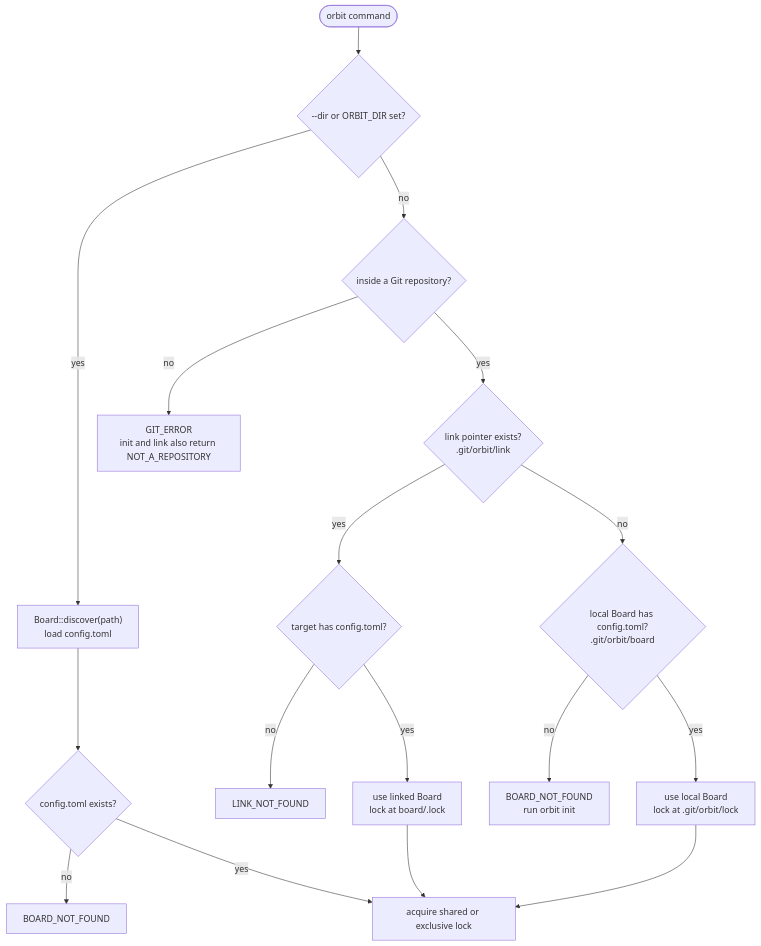
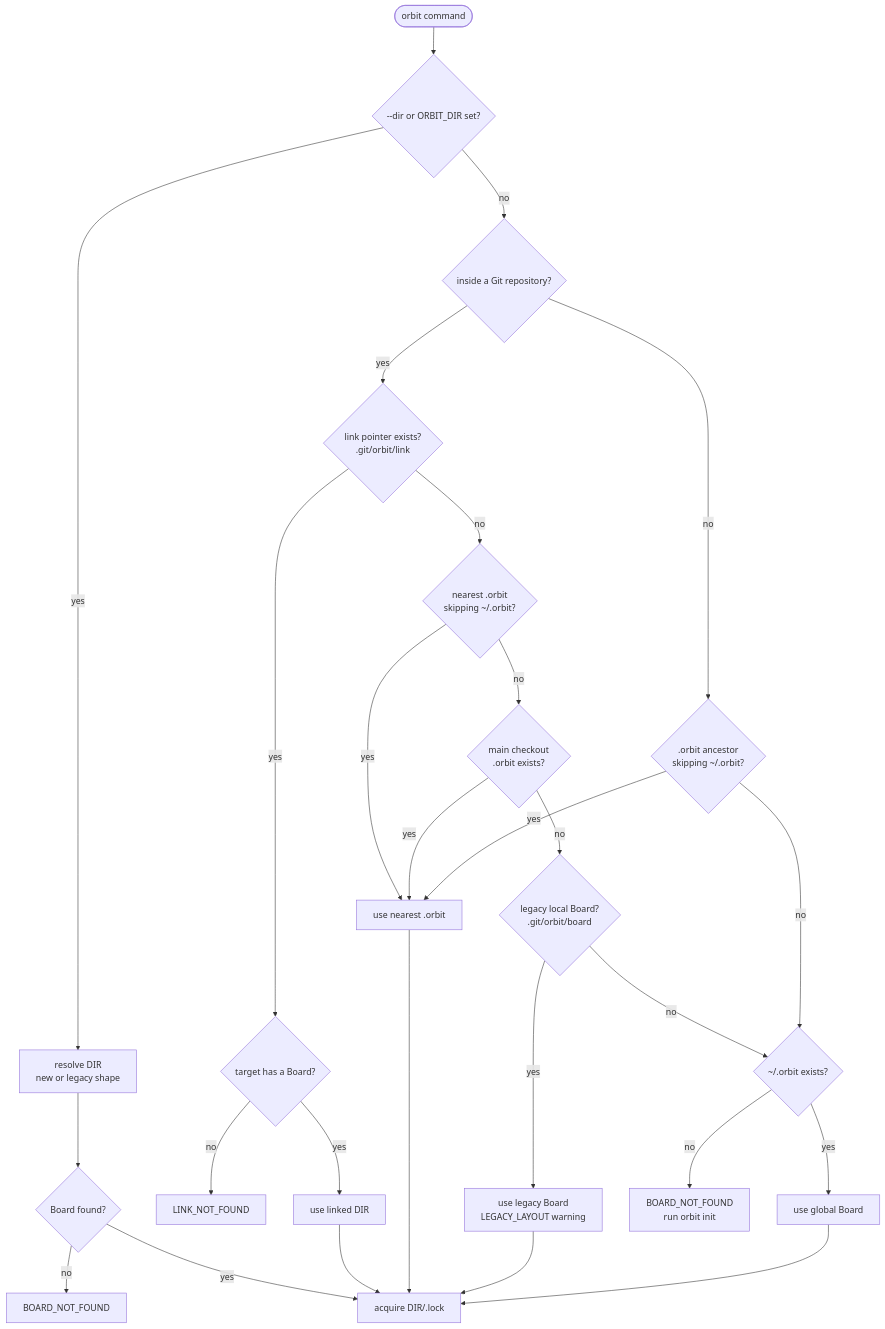
One commit to rcmendes/orbit changed the second of 14 diagrams in docs/ARCHITECTURE.md. Above: the diagram before and after it, drawn with Mermaid. The commit also changed other lines of this file and 12 other files, not shown here.

````diff
--- a/docs/ARCHITECTURE.md
+++ b/docs/ARCHITECTURE.md
@@ -149,21 +150,32 @@
 ```mermaid
 flowchart TD
     START(["orbit command"]) --> OVERRIDE{"--dir or ORBIT_DIR set?"}
-    OVERRIDE -->|yes| LOAD["Board::discover(path)<br/>load config.toml"]
-    LOAD --> EXISTS{"config.toml exists?"}
+    OVERRIDE -->|yes| EXPLICIT["resolve DIR<br/>new or legacy shape"]
+    EXPLICIT --> EXISTS{"Board found?"}
     EXISTS -->|no| NOBOARD["BOARD_NOT_FOUND"]
-    EXISTS -->|yes| LOCK["acquire shared or exclusive lock"]
+    EXISTS -->|yes| LOCK["acquire DIR/.lock"]
 
     OVERRIDE -->|no| REPO{"inside a Git repository?"}
-    REPO -->|no| NOREPO["GIT_ERROR<br/>init and link also return NOT_A_REPOSITORY"]
     REPO -->|yes| LINKED{"link pointer exists?<br/>.git/orbit/link"}
-    LINKED -->|yes| TARGET{"target has config.toml?"}
+    LINKED -->|yes| TARGET{"target has a Board?"}
     TARGET -->|no| LINKERR["LINK_NOT_FOUND"]
-    TARGET -->|yes| SHARED["use linked Board<br/>lock at board/.lock"]
-    LINKED -->|no| LOCAL{"local Board has config.toml?<br/>.git/orbit/board"}
-    LOCAL -->|no| NOBOARD2["BOARD_NOT_FOUND<br/>run orbit init"]
-    LOCAL -->|yes| OWN["use local Board<br/>lock at .git/orbit/lock"]
+    TARGET -->|yes| SHARED["use linked DIR"]
+    LINKED -->|no| NEAREST{"nearest .orbit<br/>skipping ~/.orbit?"}
+    NEAREST -->|yes| OWN["use nearest .orbit"]
+    NEAREST -->|no| MAIN{"main checkout<br/>.orbit exists?"}
+    MAIN -->|yes| OWN
+    MAIN -->|no| LEGACY{"legacy local Board?<br/>.git/orbit/board"}
+    LEGACY -->|yes| LEGACYUSE["use legacy Board<br/>LEGACY_LAYOUT warning"]
+    LEGACY -->|no| GLOBAL{"~/.orbit exists?"}
+    GLOBAL -->|yes| GLOBALUSE["use global Board"]
+    GLOBAL -->|no| NOBOARD2["BOARD_NOT_FOUND<br/>run orbit init"]
+
+    REPO -->|no| OUTSIDE{".orbit ancestor<br/>skipping ~/.orbit?"}
+    OUTSIDE -->|yes| OWN
+    OUTSIDE -->|no| GLOBAL
 
     SHARED --> LOCK
     OWN --> LOCK
+    LEGACYUSE --> LOCK
+    GLOBALUSE --> LOCK
 ```
````
